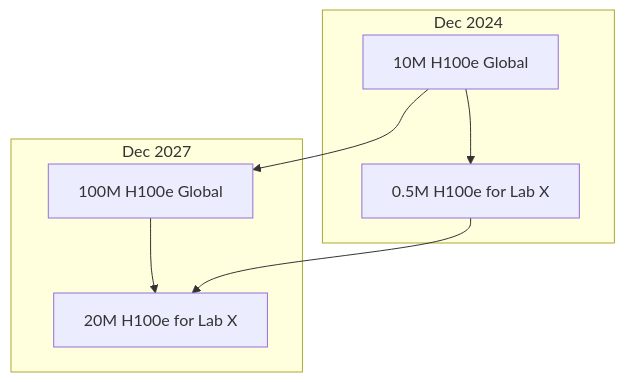
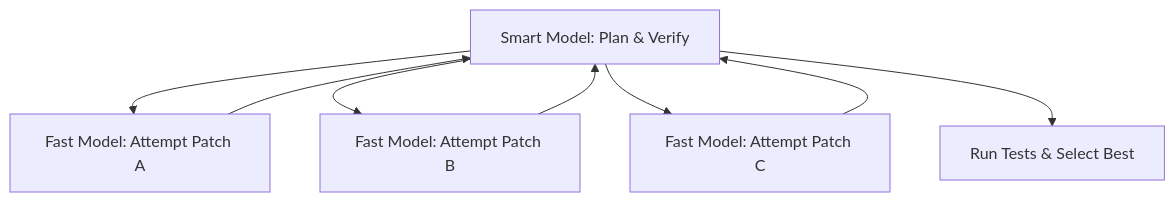
The third of 4 diagrams in slides.md (mldangelo/eairg-coding-agent-talk), drawn with Mermaid before and after one commit. The commit also changed other lines of this file, not shown here.

````diff
--- a/slides.md
+++ b/slides.md
@@ -175,11 +188,10 @@
 ```mermaid
 graph TD
-    subgraph Dec2024["Dec 2024"]
-        A["10M H100e Global"] --> B["0.5M H100e for Lab X"]
-    end
-    subgraph Dec2027["Dec 2027"]
-        C["100M H100e Global"] --> D["20M H100e for Lab X"]
-    end
-    A --> C
-    B --> D
+    Manager["Smart Model: Plan & Verify"] --> Worker1["Fast Model: Attempt Patch A"]
+    Manager --> Worker2["Fast Model: Attempt Patch B"]
+    Manager --> Worker3["Fast Model: Attempt Patch C"]
+    Worker1 --> Manager
+    Worker2 --> Manager
+    Worker3 --> Manager
+    Manager --> Verifier["Run Tests & Select Best"]
 ```
````
